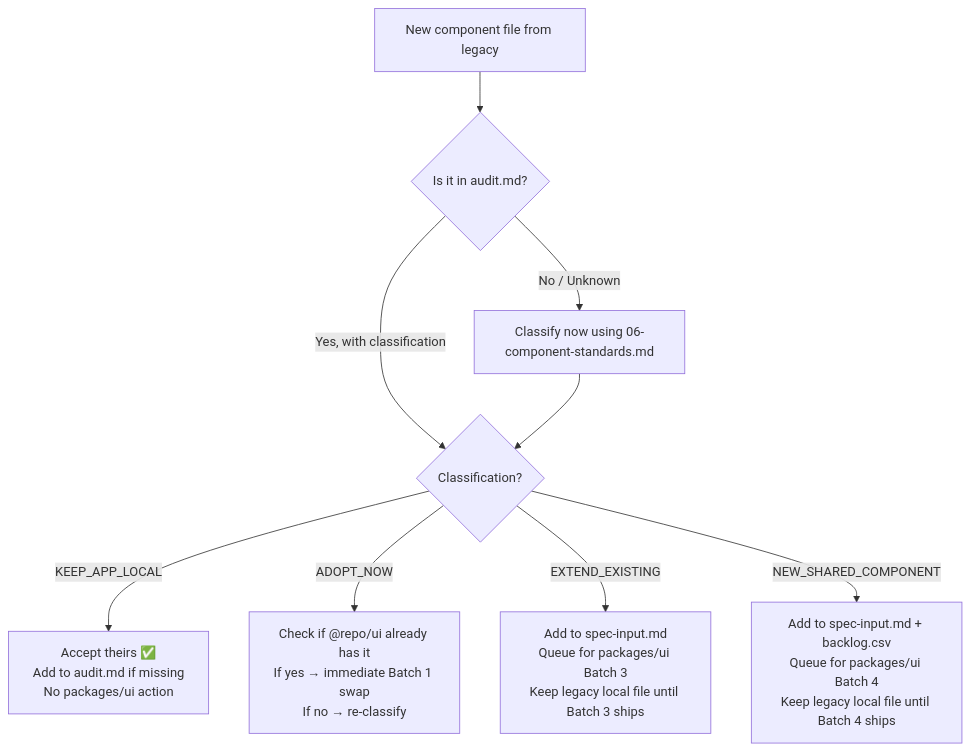
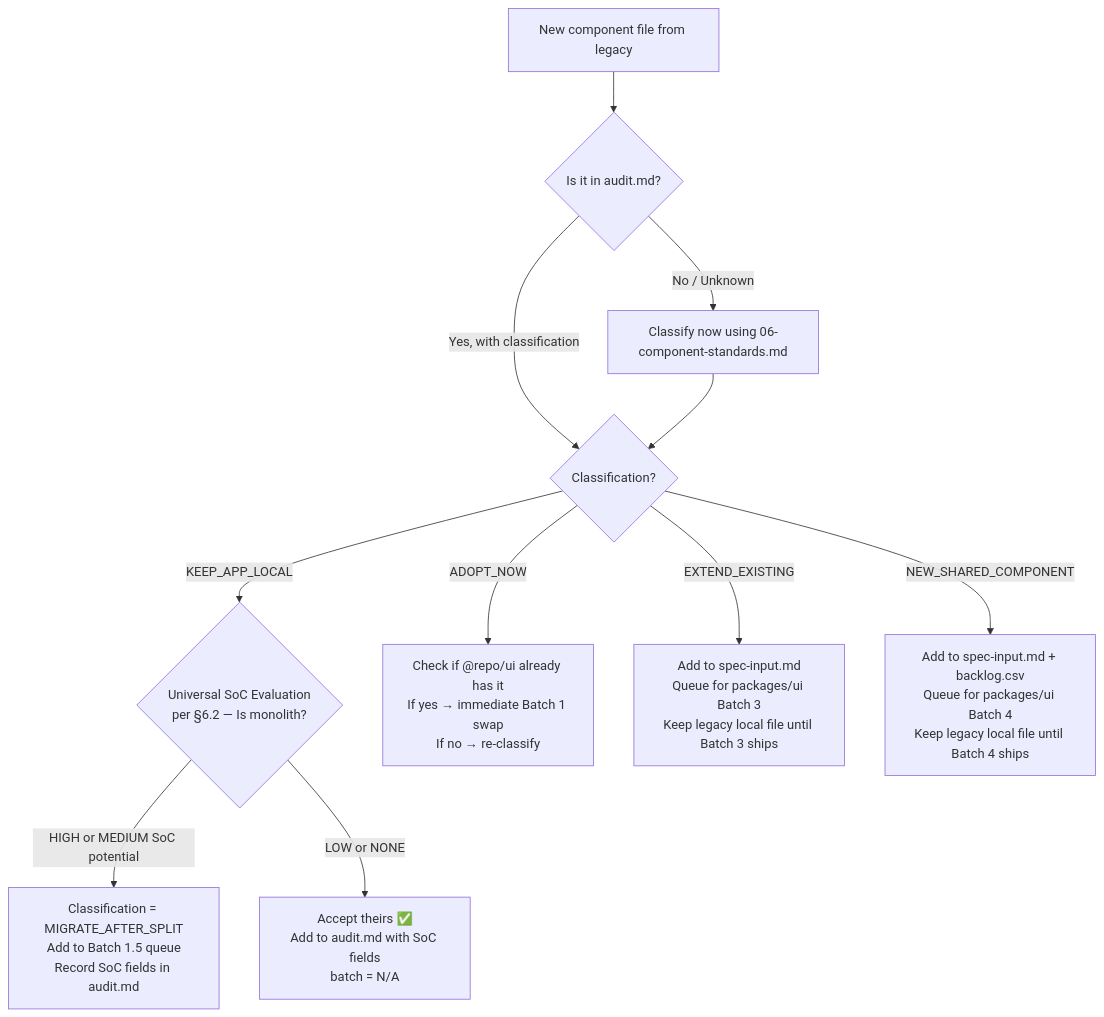
The diagram in apps/admin-portal/docs/migration/component/legacy-update-integration-guide.md (mahardikakdenie/.agent-skills), drawn with Mermaid before and after one commit. The commit also changed other lines of this file and 7 other files, not shown here.

First line of the commit message:
docs(admin-portal): add universal SoC eval + Batch 1.5/05A refactor flow

````diff
--- a/apps/admin-portal/docs/migration/component/legacy-update-integration-guide.md
+++ b/apps/admin-portal/docs/migration/component/legacy-update-integration-guide.md
@@ -95,11 +96,13 @@
 ```mermaid
 flowchart TD
     A[New component file from legacy] --> B{Is it in audit.md?}
     B -->|Yes, with classification| C{Classification?}
     B -->|No / Unknown| D[Classify now using 06-component-standards.md]
     D --> C
-    C -->|KEEP_APP_LOCAL| E[Accept theirs ✅\nAdd to audit.md if missing\nNo packages/ui action]
-    C -->|ADOPT_NOW| F[Check if @repo/ui already has it\nIf yes → immediate Batch 1 swap\nIf no → re-classify]
-    C -->|EXTEND_EXISTING| G[Add to spec-input.md\nQueue for packages/ui Batch 3\nKeep legacy local file until Batch 3 ships]
-    C -->|NEW_SHARED_COMPONENT| H[Add to spec-input.md + backlog.csv\nQueue for packages/ui Batch 4\nKeep legacy local file until Batch 4 ships]
+    C -->|KEEP_APP_LOCAL| SOC{Universal SoC Evaluation<br/>per §6.2 — Is monolith?}
+    SOC -->|HIGH or MEDIUM SoC potential| MAF[Classification = MIGRATE_AFTER_SPLIT<br/>Add to Batch 1.5 queue<br/>Record SoC fields in audit.md]
+    SOC -->|LOW or NONE| E[Accept theirs ✅<br/>Add to audit.md with SoC fields<br/>batch = N/A]
+    C -->|ADOPT_NOW| F[Check if @repo/ui already has it<br/>If yes → immediate Batch 1 swap<br/>If no → re-classify]
+    C -->|EXTEND_EXISTING| G[Add to spec-input.md<br/>Queue for packages/ui Batch 3<br/>Keep legacy local file until Batch 3 ships]
+    C -->|NEW_SHARED_COMPONENT| H[Add to spec-input.md + backlog.csv<br/>Queue for packages/ui Batch 4<br/>Keep legacy local file until Batch 4 ships]
 ```
````
